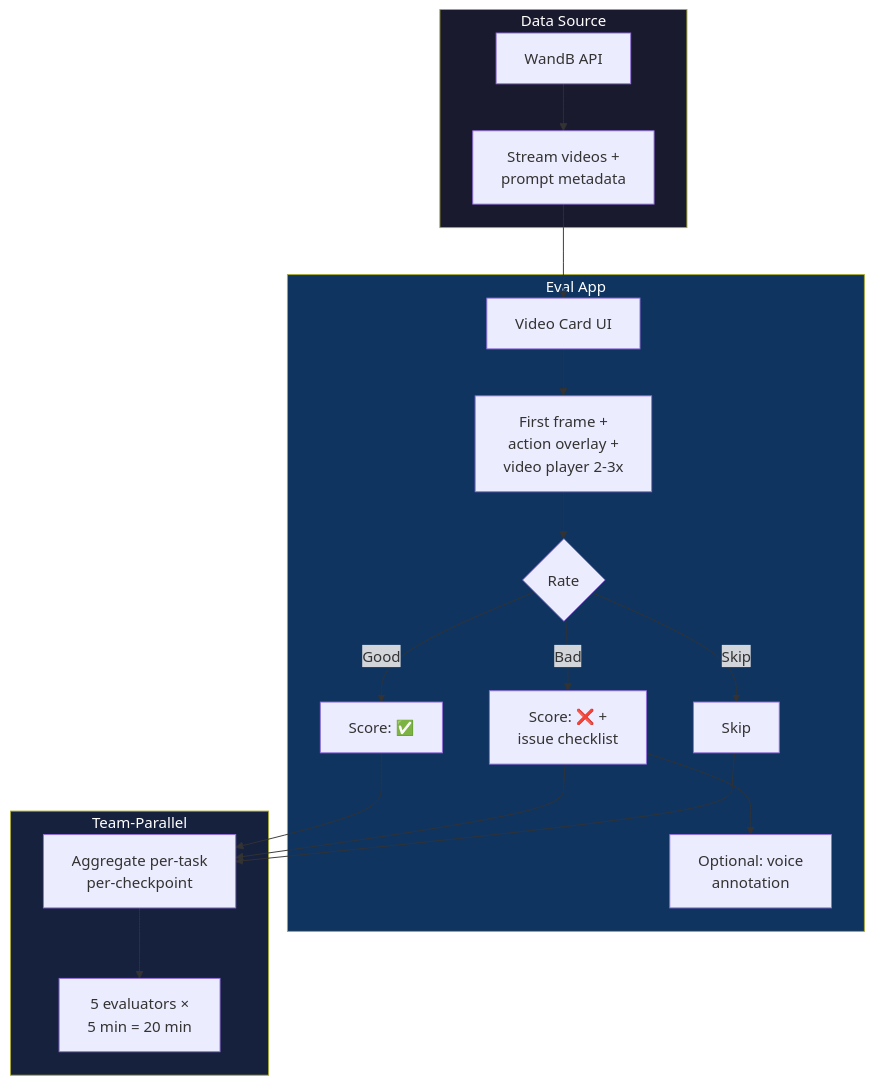
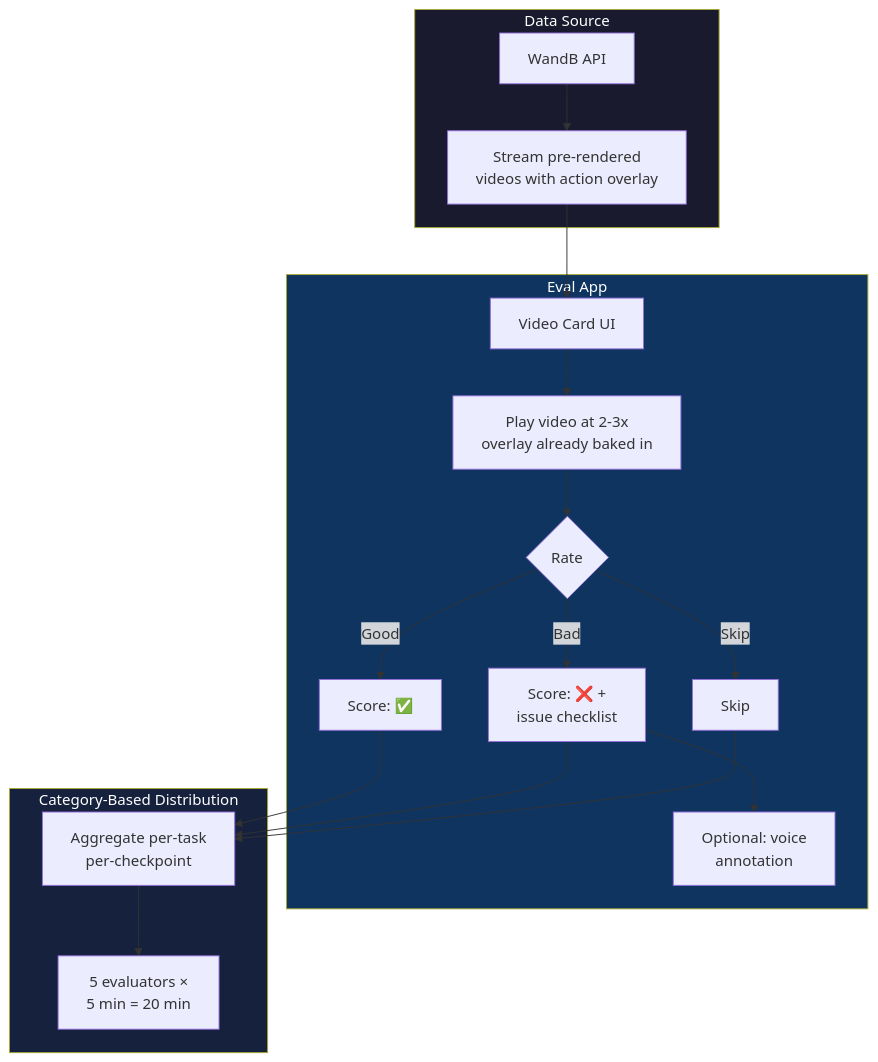
Before and after one commit to GindaChen/fastvideo-eval: the third of 5 diagrams in README.md, drawn with Mermaid. The commit also changed other lines of this file and 1 other file, not shown here.

First line of the commit message:
Correct pipeline flow + eval app design

````diff
--- a/README.md
+++ b/README.md
@@ -74,25 +73,25 @@
 ```mermaid
 graph TD
     subgraph DataSource["Data Source"]
-        DS1[WandB API] --> DS2[Stream videos +<br/>prompt metadata]
+        DS1[WandB API] --> DS2[Stream pre-rendered<br/>videos with action overlay]
     end
 
     subgraph App["Eval App"]
         DS2 --> A1[Video Card UI]
-        A1 --> A2[First frame +<br/>action overlay +<br/>video player 2-3x]
+        A1 --> A2[Play video at 2-3x<br/>overlay already baked in]
         A2 --> A3{Rate}
         A3 -->|Good| A4[Score: ✅]
         A3 -->|Bad| A5[Score: ❌ +<br/>issue checklist]
         A3 -->|Skip| A6[Skip]
         A5 --> A7[Optional: voice<br/>annotation]
     end
 
-    subgraph Team["Team-Parallel"]
+    subgraph Team["Category-Based Distribution"]
         A4 & A5 & A6 --> T1[Aggregate per-task<br/>per-checkpoint]
         T1 --> T2[5 evaluators ×<br/>5 min = 20 min]
     end
 
     style DataSource fill:#1a1a2e,color:#fff
     style App fill:#0f3460,color:#fff
     style Team fill:#16213e,color:#fff
 ```
````
